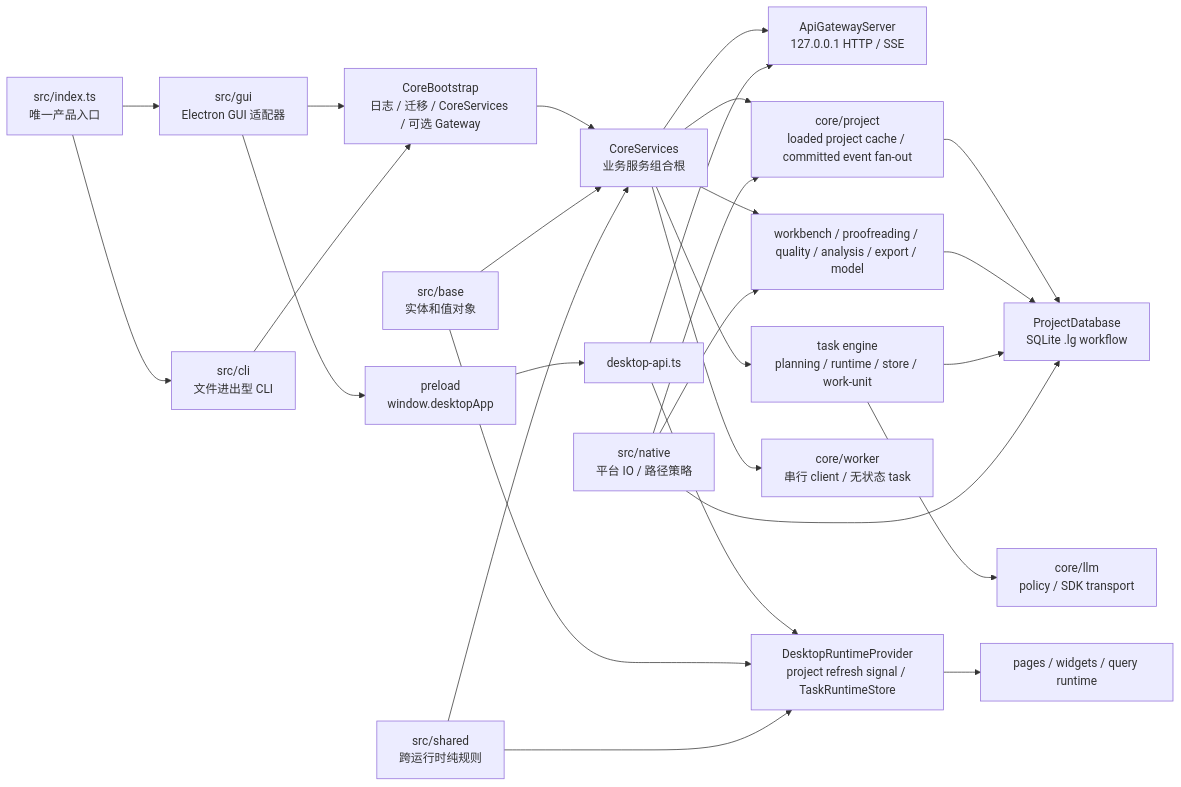
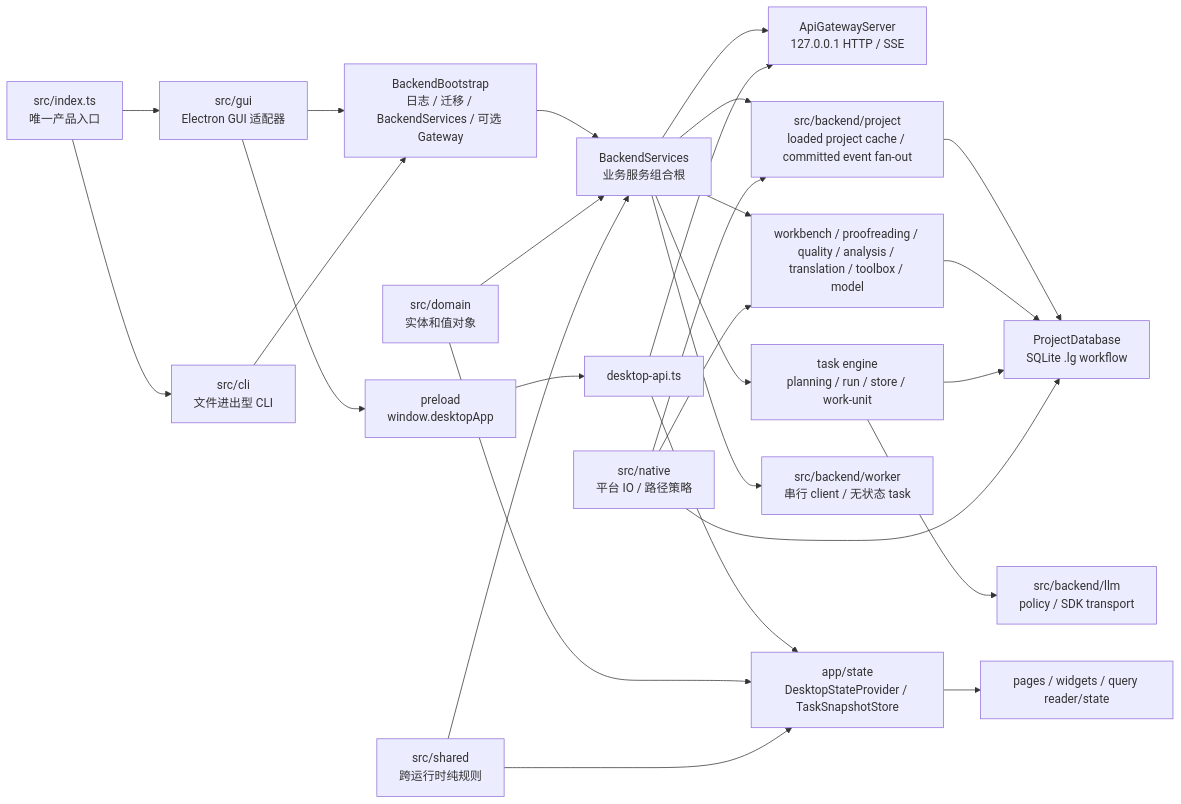
One commit to neavo/LinguaGacha changed the diagram in docs/ARCHITECTURE.md. Above: the diagram before and after it, drawn with Mermaid. The commit also changed other lines of this file and 1122 other files, not shown here.

````diff
--- a/docs/ARCHITECTURE.md
+++ b/docs/ARCHITECTURE.md
@@ -18,29 +18,29 @@
 ```mermaid
 flowchart LR
   Entry["src/index.ts<br/>唯一产品入口"] --> GUI["src/gui<br/>Electron GUI 适配器"]
   Entry --> CLI["src/cli<br/>文件进出型 CLI"]
-  GUI --> Boot["CoreBootstrap<br/>日志 / 迁移 / CoreServices / 可选 Gateway"]
+  GUI --> Boot["BackendBootstrap<br/>日志 / 迁移 / BackendServices / 可选 Gateway"]
   CLI --> Boot
-  Boot --> Services["CoreServices<br/>业务服务组合根"]
+  Boot --> Services["BackendServices<br/>业务服务组合根"]
   Services --> API["ApiGatewayServer<br/>127.0.0.1 HTTP / SSE"]
   GUI --> Preload["preload<br/>window.desktopApp"]
   Preload --> RendererApi["desktop-api.ts"]
   RendererApi --> API
-  RendererApi --> Runtime["DesktopRuntimeProvider<br/>project refresh signal / TaskRuntimeStore"]
-  Runtime --> Pages["pages / widgets / query runtime"]
-  Services --> Project["core/project<br/>loaded project cache / committed event fan-out"]
-  Services --> Domains["workbench / proofreading / quality / analysis / export / model"]
-  Services --> Worker["core/worker<br/>串行 client / 无状态 task"]
-  Services --> Engine["task engine<br/>planning / runtime / store / work-unit"]
-  Engine --> LLM["core/llm<br/>policy / SDK transport"]
+  RendererApi --> State["app/state<br/>DesktopStateProvider / TaskSnapshotStore"]
+  State --> Pages["pages / widgets / query reader/state"]
+  Services --> Project["src/backend/project<br/>loaded project cache / committed event fan-out"]
+  Services --> Domains["workbench / proofreading / quality / analysis / translation / toolbox / model"]
+  Services --> Worker["src/backend/worker<br/>串行 client / 无状态 task"]
+  Services --> Engine["task engine<br/>planning / run / store / work-unit"]
+  Engine --> LLM["src/backend/llm<br/>policy / SDK transport"]
   Project --> DB["ProjectDatabase<br/>SQLite .lg workflow"]
   Domains --> DB
   Engine --> DB
-  Base["src/base<br/>实体和值对象"] --> Services
-  Base --> Runtime
+  Domain["src/domain<br/>实体和值对象"] --> Services
+  Domain --> State
   Shared["src/shared<br/>跨运行时纯规则"] --> Services
-  Shared --> Runtime
+  Shared --> State
   Native["src/native<br/>平台 IO / 路径策略"] --> Project
   Native --> Domains
   Native --> DB
 ```
````
